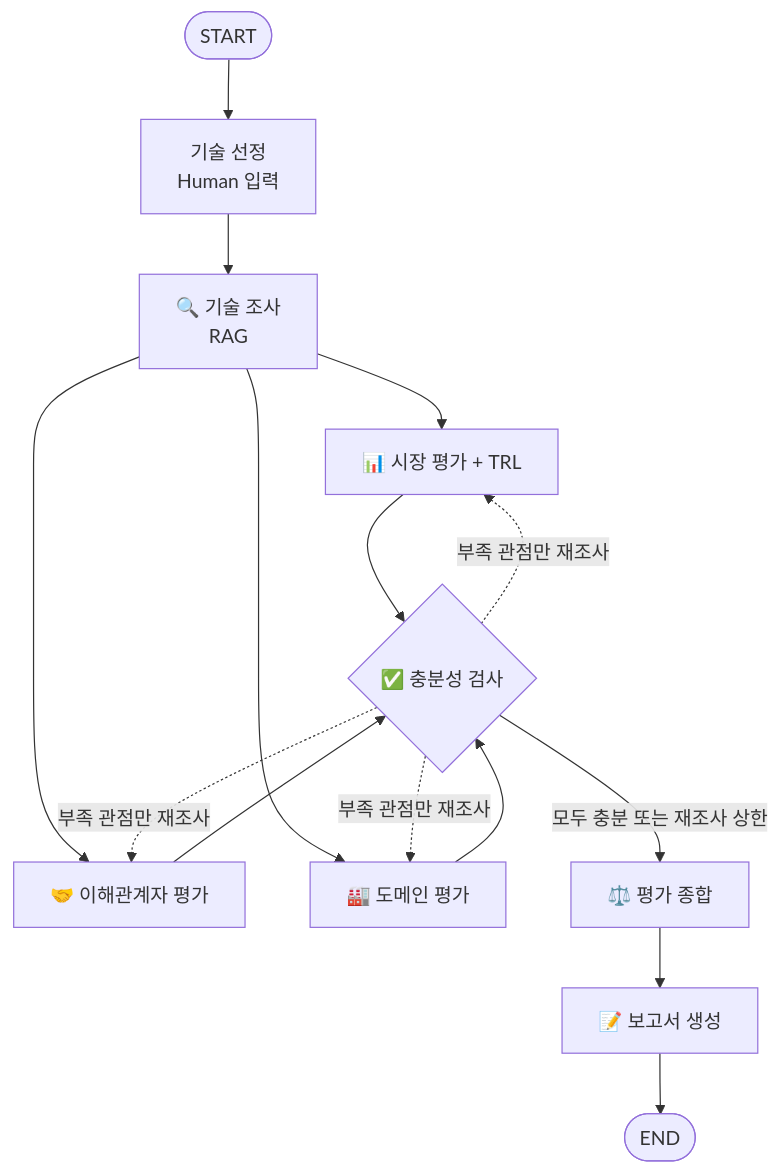
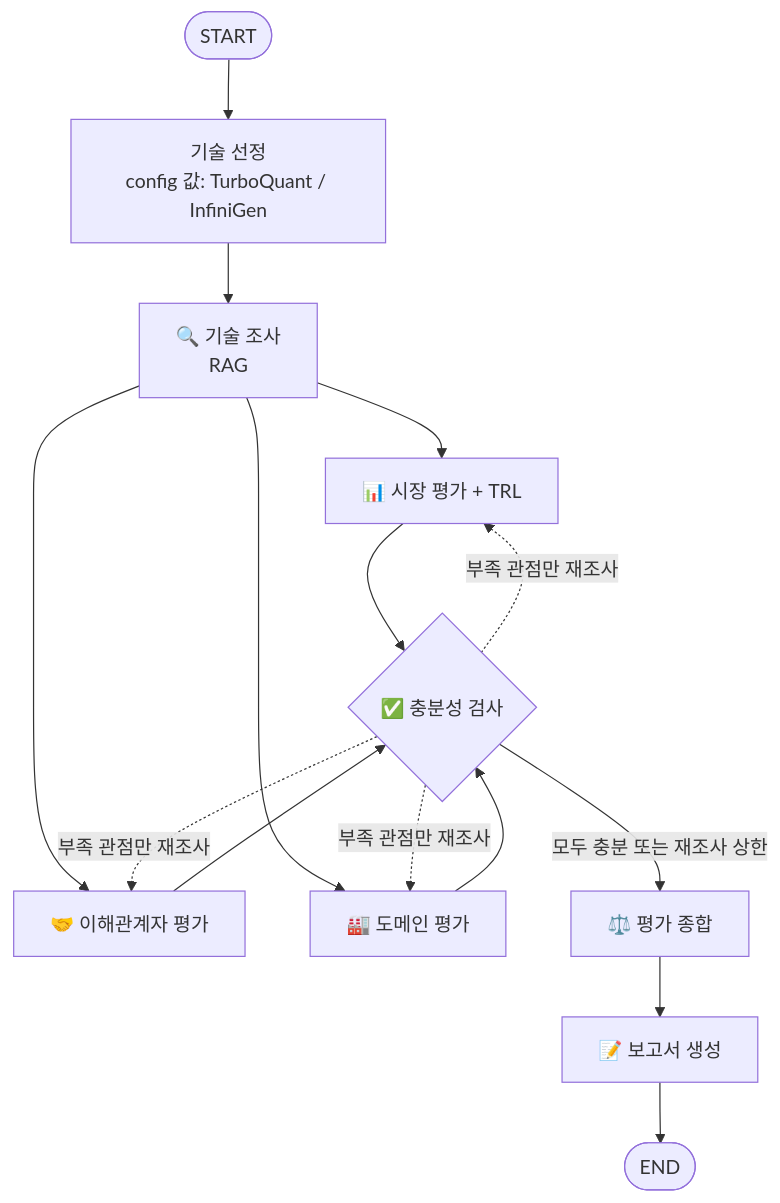
Before and after one commit to oojoyhh/skala-KV-cache: the diagram in README.md, drawn with Mermaid. The commit also changed other lines of this file and 3 other files, not shown here.

````diff
--- a/README.md
+++ b/README.md
@@ -59,17 +59,17 @@
 ```mermaid
 graph TD
-    START([START]) --> select[기술 선정<br>Human 입력]
+    START([START]) --> select[기술 선정<br>config 값: TurboQuant / InfiniGen]
     select --> research[🔍 기술 조사<br>RAG]
     research --> market[📊 시장 평가 + TRL]
     research --> stakeholder[🤝 이해관계자 평가]
     research --> domain[🏭 도메인 평가]
     market --> check{✅ 충분성 검사}
     stakeholder --> check
     domain --> check
     check -. 부족 관점만 재조사 .-> market
     check -. 부족 관점만 재조사 .-> stakeholder
     check -. 부족 관점만 재조사 .-> domain
     check -- 모두 충분 또는 재조사 상한 --> synthesis[⚖️ 평가 종합]
     synthesis --> report[📝 보고서 생성]
     report --> END([END])
 ```
````
